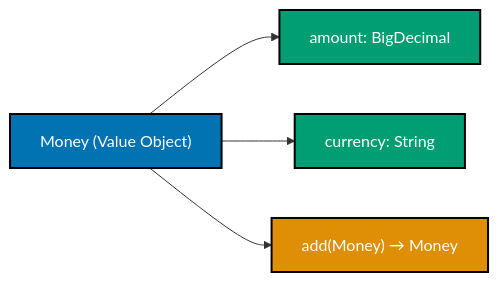
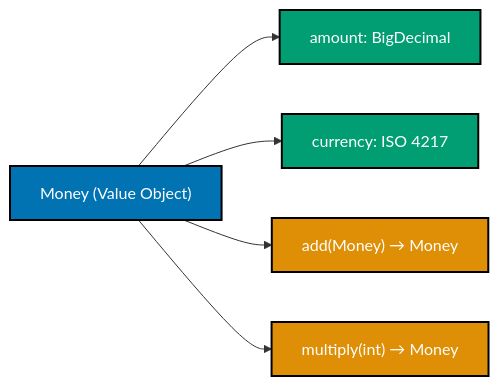
One commit to wahidyankf/open-sharia-enterprise changed the first of 3 diagrams in apps/ayokoding-web/content/en/learn/software-engineering/architecture/domain-driven-design-ddd/oop-by-example/beginner.md. Above: the diagram before and after it, drawn with Mermaid. The commit also changed other lines of this file and 38 other files, not shown here.

First line of the commit message:
docs(ayokoding-web): unify architecture tutorials on shared P2P domain

````diff
--- a/apps/ayokoding-web/content/en/learn/software-engineering/architecture/domain-driven-design-ddd/oop-by-example/beginner.md
+++ b/apps/ayokoding-web/content/en/learn/software-engineering/architecture/domain-driven-design-ddd/oop-by-example/beginner.md
@@ -96,15 +54,17 @@
 ```mermaid
 %% Palette: Blue #0173B2, Teal #029E73, Orange #DE8F05
 graph LR
     A["Money #40;Value Object#41;"]:::blue
     B["amount: BigDecimal"]:::teal
-    C["currency: String"]:::teal
+    C["currency: ISO 4217"]:::teal
     D["add#40;Money#41; → Money"]:::orange
+    E["multiply#40;int#41; → Money"]:::orange
     A --> B
     A --> C
     A --> D
+    A --> E
 
     classDef blue fill:#0173B2,stroke:#000,color:#fff,stroke-width:2px
     classDef teal fill:#029E73,stroke:#000,color:#fff,stroke-width:2px
     classDef orange fill:#DE8F05,stroke:#000,color:#fff,stroke-width:2px
 ```
````
